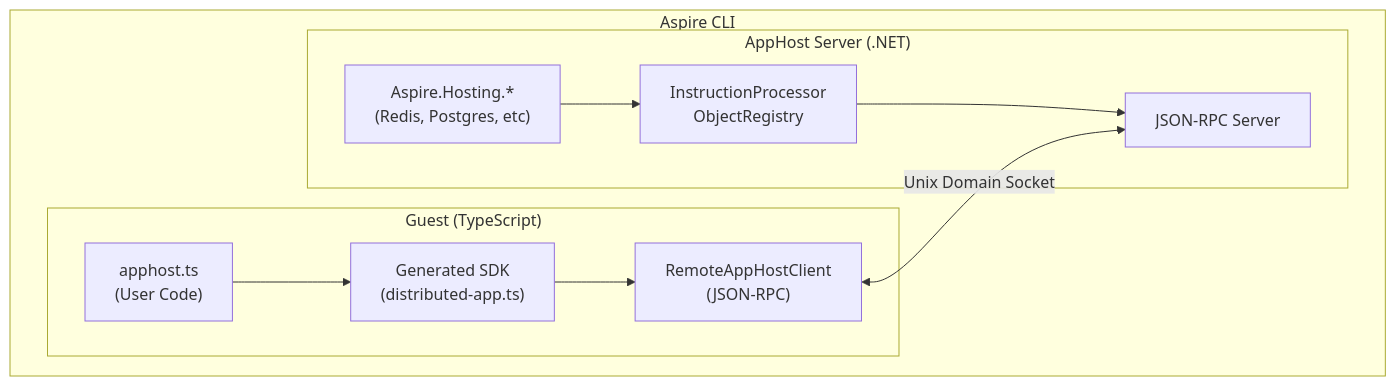
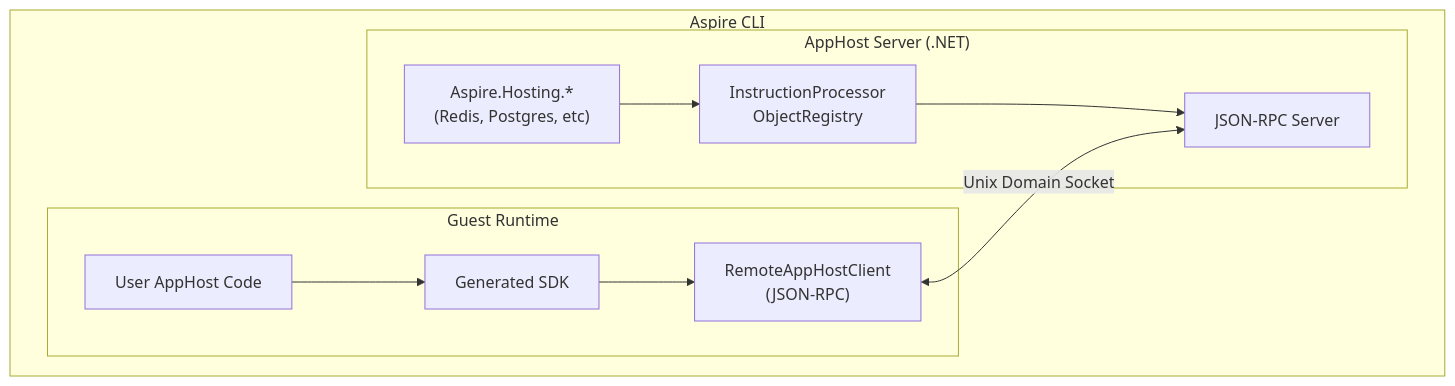
One commit to dotnet/aspire changed the first of 3 diagrams in docs/specs/polyglot-apphost.md. Above: the diagram before and after it, drawn with Mermaid. The commit also changed other lines of this file and 1 other file, not shown here.

Commit message:
refactor: Update log message to reflect AppHost server connection in TypeScript code generator

````diff
--- a/docs/specs/polyglot-apphost.md
+++ b/docs/specs/polyglot-apphost.md
@@ -37,20 +36,20 @@
 ```mermaid
 flowchart TB
     subgraph CLI["Aspire CLI"]
         subgraph Host["AppHost Server (.NET)"]
             Hosting["Aspire.Hosting.*<br/>(Redis, Postgres, etc)"]
             Processor["InstructionProcessor<br/>ObjectRegistry"]
             Server["JSON-RPC Server"]
             Hosting --> Processor --> Server
         end
 
-        subgraph Guest["Guest (TypeScript)"]
-            SDK["Generated SDK<br/>(distributed-app.ts)"]
+        subgraph Guest["Guest Runtime"]
+            SDK["Generated SDK"]
             Client["RemoteAppHostClient<br/>(JSON-RPC)"]
-            UserCode["apphost.ts<br/>(User Code)"]
+            UserCode["User AppHost Code"]
             UserCode --> SDK --> Client
         end
 
         Client <-->|"Unix Domain Socket"| Server
     end
 ```
````
